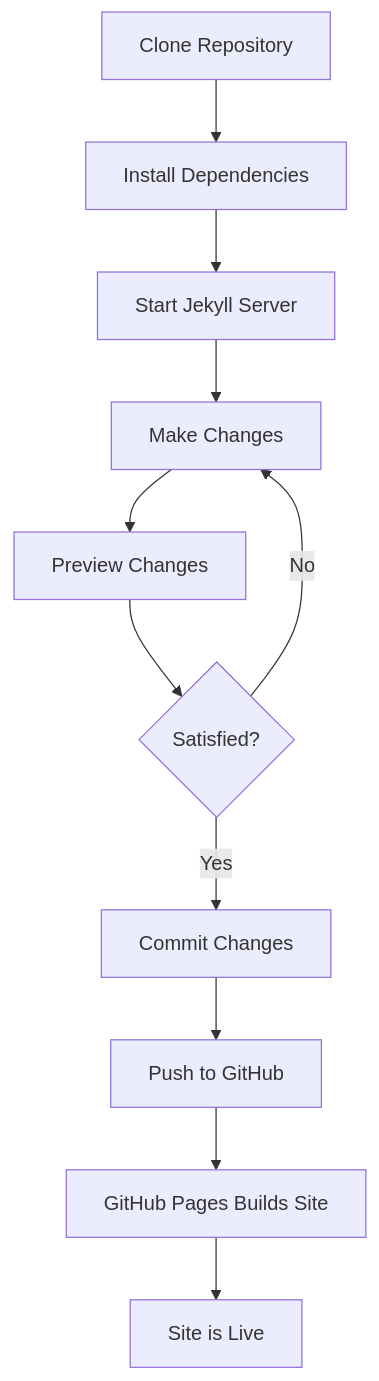
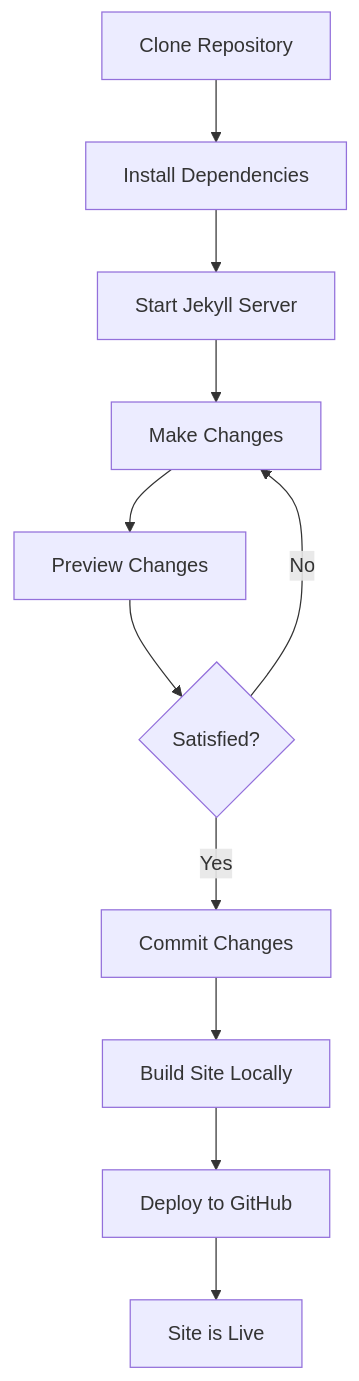
The second of 2 diagrams in README.md (CyberSecSacramento/Cybersecurity-Sacramento), drawn with Mermaid before and after one commit. The commit also changed other lines of this file and 10 other files, not shown here.

Commit message:
Fix GitHub Pages deployment issues by implementing local build strategy with deploy.sh script, add sitemap.xml and robots.txt, update documentation

````diff
--- a/README.md
+++ b/README.md
@@ -168,13 +168,13 @@
 ```mermaid
 flowchart TD
     A[Clone Repository] --> B[Install Dependencies]
     B --> C[Start Jekyll Server]
     C --> D[Make Changes]
     D --> E[Preview Changes]
     E --> F{Satisfied?}
     F -->|No| D
     F -->|Yes| G[Commit Changes]
-    G --> H[Push to GitHub]
-    H --> I[GitHub Pages Builds Site]
+    G --> H[Build Site Locally]
+    H --> I[Deploy to GitHub]
     I --> J[Site is Live]
 ```
````
